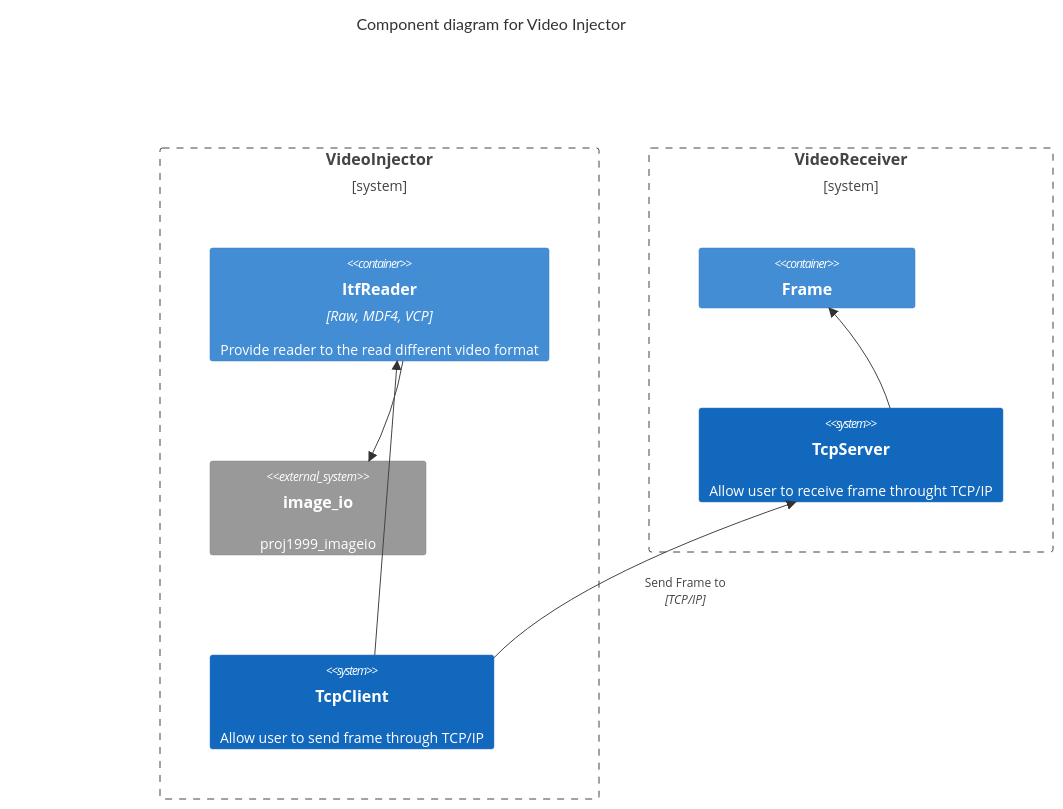
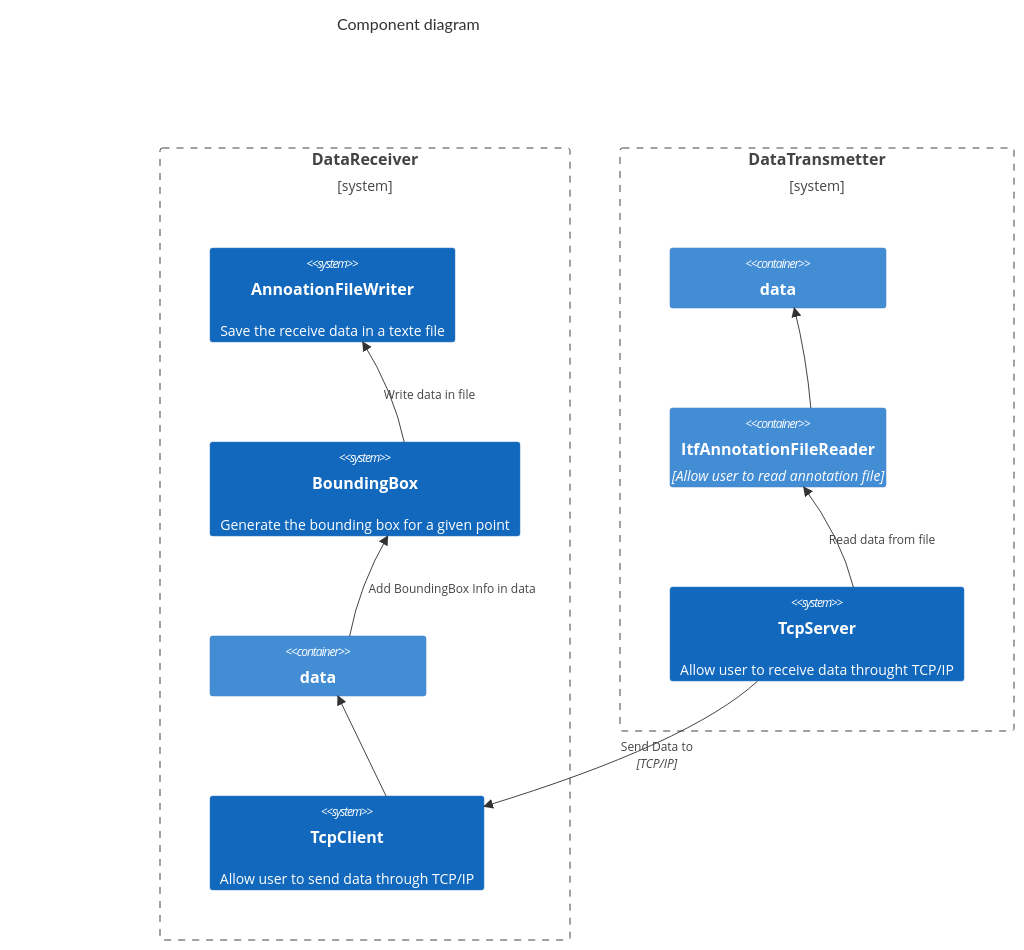
Before and after one commit to BigJozf/Valeo_Intership_Ex_2025: the diagram in 1_Doc/Subject.md, drawn with Mermaid. The commit also changed other lines of this file and 31 other files, not shown here.

````diff
--- a/1_Doc/Subject.md
+++ b/1_Doc/Subject.md
@@ -46,40 +61,21 @@
 ```mermaid
 C4Context
-    title Component diagram for Video Injector
-    Boundary(b0, "VideoInjector"){
-        %% Deployment_Node(host,"Host","Ubuntu 20.04 LTS")
-        %% {
-        %%     Deployment_Node(opencv, "OpenCV", "4.2")
-        %%     {
-        %%         Container("opencv","4.2")
-        %%     }
-        %%     Deployment_Node(cmake, "CMake", ">=3.19")
-        %%     {
-        %%         Container("cmake",">=3.19")
-        %%     }
-        %%     Deployment_Node(qnx, "QNX", "8.3.0")
-        %%     {
-        %%         Container("qnx", "8.3.0")
-        %%     }
-        %%     Deployment_Node(AndroidNDK, "AndroidNDK", "r23C")
-        %%     {
-        %%         Container("AndroidNdk","r23C")
-        %%     }
-        %%     Deployment_Node(arm64, "arm64", "9.2-2019.12")
-        %%     {
-        %%         Container("arm64","9.2-2019.12")
-        %%     }
-        %% }
-        Container(reader,"ItfReader","Raw, MDF4, VCP", "Provide reader to the read different video format")
-        System_Ext("imageio","image_io","proj1999_imageio","")
-        System(TcpClient, "TcpClient", "Allow user to send frame through TCP/IP")
+    title Component diagram
+    Boundary(b0, "DataReceiver"){
+        System(AnnotationFileWriter,"AnnoationFileWriter","Save the receive data in a texte file")
+        System(BoundingBox,"BoundingBox", "Generate the bounding box for a given point")
+        Container(data0,"data")
+        System(TcpClient, "TcpClient", "Allow user to send data through TCP/IP")
     }
-    Boundary(b1,"VideoReceiver"){
-        Container(Frame,"Frame")
-        System(TcpServer, "TcpServer", "Allow user to receive frame throught TCP/IP")
+    Boundary(b1,"DataTransmetter"){
+        Container(data1,"data")
+        Container(ItfAnnotationFileReader, "ItfAnnotationFileReader", "Allow user to read annotation file")
+        System(TcpServer, "TcpServer", "Allow user to receive data throught TCP/IP")
     }
-    Rel(TcpClient, reader, "")
-    Rel(reader, imageio,"")
-    Rel(TcpClient, TcpServer, "Send Frame to", "TCP/IP")
-    Rel(TcpServer, Frame, "")
+    Rel(TcpClient, data0, "")
+    Rel(data0, BoundingBox, "Add BoundingBox Info in data")
+    Rel(BoundingBox, AnnotationFileWriter, "Write data in file")
+    Rel(TcpServer, TcpClient, "Send Data to", "TCP/IP")
+    Rel(TcpServer, ItfAnnotationFileReader, "Read data from file")
+    Rel(ItfAnnotationFileReader, data1, "")
 ```
````
